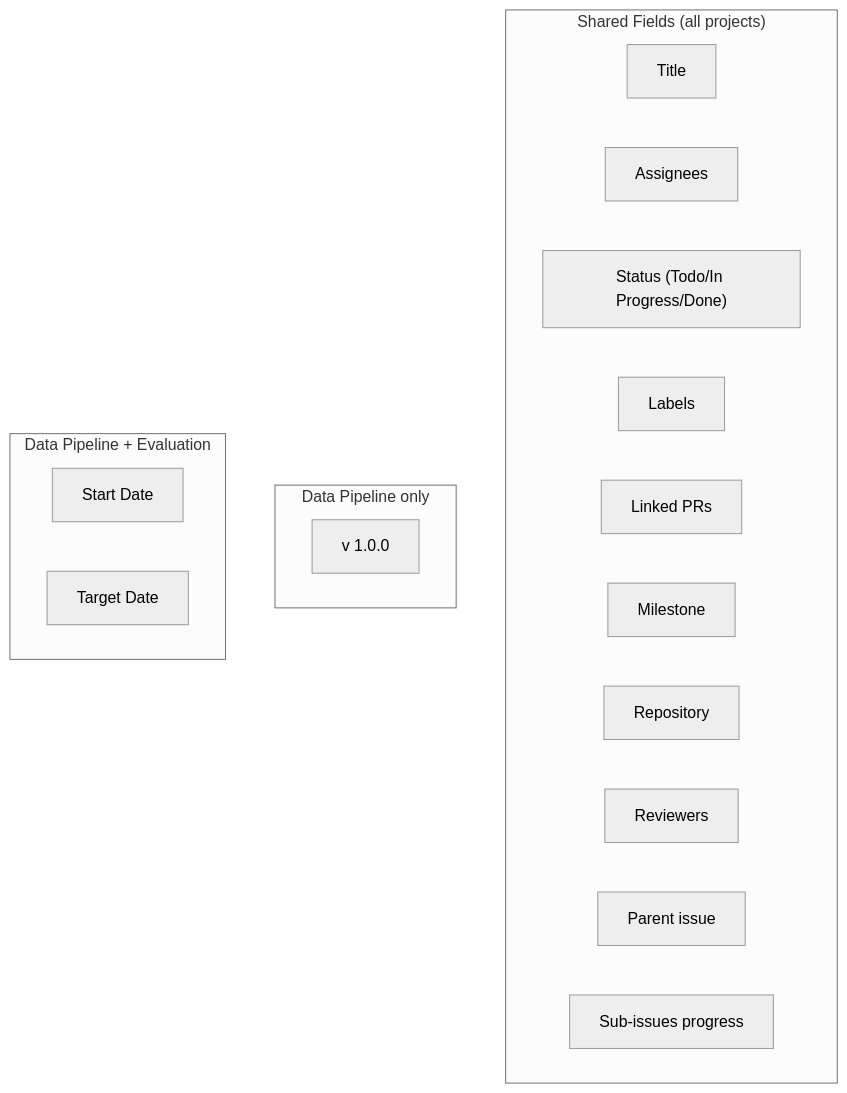
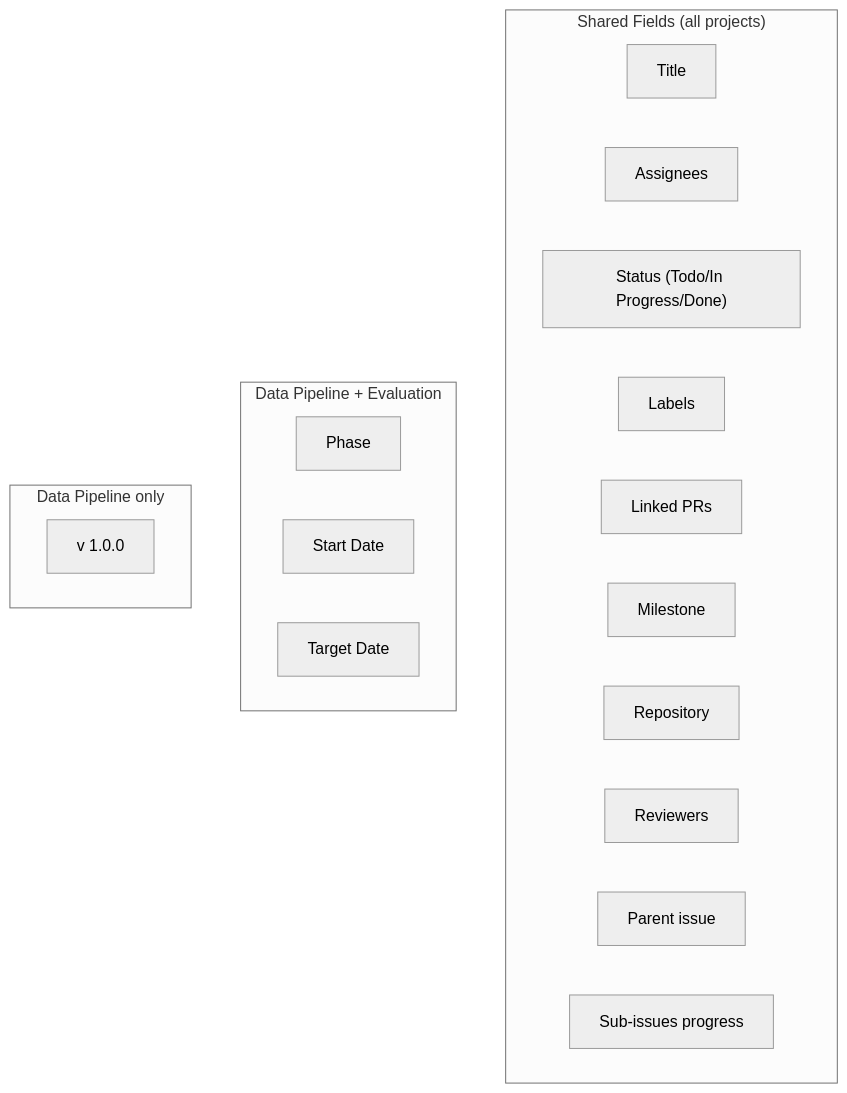
One commit to tinaudio/synth-setter changed the eighth of 9 diagrams in docs/design/github-taxonomy.md. Above: the diagram before and after it, drawn with Mermaid (neutral theme). The commit also changed other lines of this file, not shown here.

First line of the commit message:
docs(design): unify Phase/Step convention, resolve G6

````diff
--- a/docs/design/github-taxonomy.md
+++ b/docs/design/github-taxonomy.md
@@ -489,24 +488,25 @@
 ```mermaid
 graph TB
     subgraph "Shared Fields (all projects)"
         F1[Title]
         F2[Assignees]
         F3["Status (Todo/In Progress/Done)"]
         F4[Labels]
         F5[Linked PRs]
         F6[Milestone]
         F7[Repository]
         F8[Reviewers]
         F9[Parent issue]
         F10[Sub-issues progress]
     end
 
-    subgraph "Data Pipeline only"
-        F11["v 1.0.0"]
-    end
-
     subgraph "Data Pipeline + Evaluation"
+        F11[Phase]
         F12[Start Date]
         F13[Target Date]
     end
+
+    subgraph "Data Pipeline only"
+        F14["v 1.0.0"]
+    end
 ```
````
